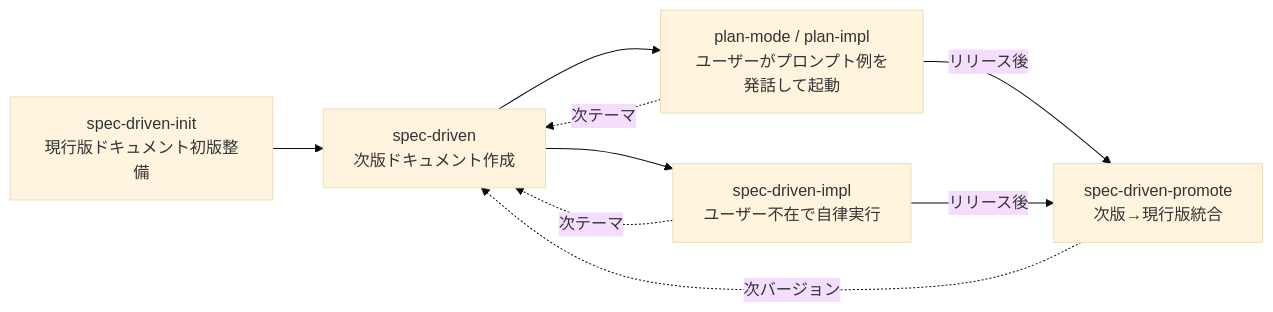
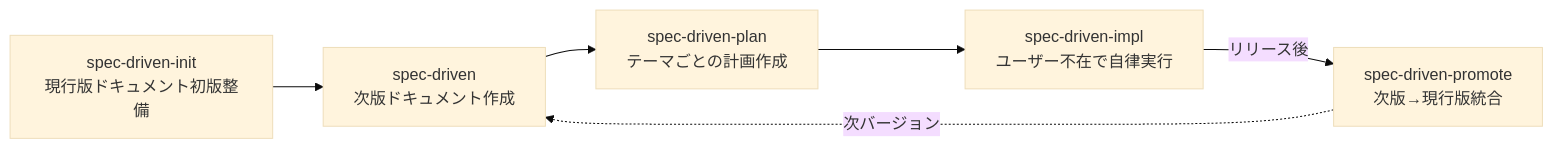
One commit to ak110/dotfiles changed the diagram in agent-toolkit/skills/spec-driven/SKILL.md. Above: the diagram before and after it, drawn with Mermaid (base theme). The commit also changed other lines of this file and 7 other files, not shown here.

First line of the commit message:
feat(agent-toolkit): spec-driven-planスキルを新設し計画段階を分業する

````diff
--- a/agent-toolkit/skills/spec-driven/SKILL.md
+++ b/agent-toolkit/skills/spec-driven/SKILL.md
@@ -21,17 +21,14 @@
 ```mermaid
 flowchart LR
     INIT["spec-driven-init\n現行版ドキュメント初版整備"]
     SD["spec-driven\n次版ドキュメント作成"]
-    IMPL["plan-mode / plan-impl\nユーザーがプロンプト例を発話して起動"]
-    IMPL_AUTO["spec-driven-impl\nユーザー不在で自律実行"]
+    PLAN["spec-driven-plan\nテーマごとの計画作成"]
+    IMPL["spec-driven-impl\nユーザー不在で自律実行"]
     PROMOTE["spec-driven-promote\n次版→現行版統合"]
 
     INIT --> SD
-    SD --> IMPL
-    SD --> IMPL_AUTO
-    IMPL -.->|次テーマ| SD
-    IMPL_AUTO -.->|次テーマ| SD
+    SD --> PLAN
+    PLAN --> IMPL
     IMPL -->|リリース後| PROMOTE
-    IMPL_AUTO -->|リリース後| PROMOTE
     PROMOTE -.->|次バージョン| SD
 ```
````
